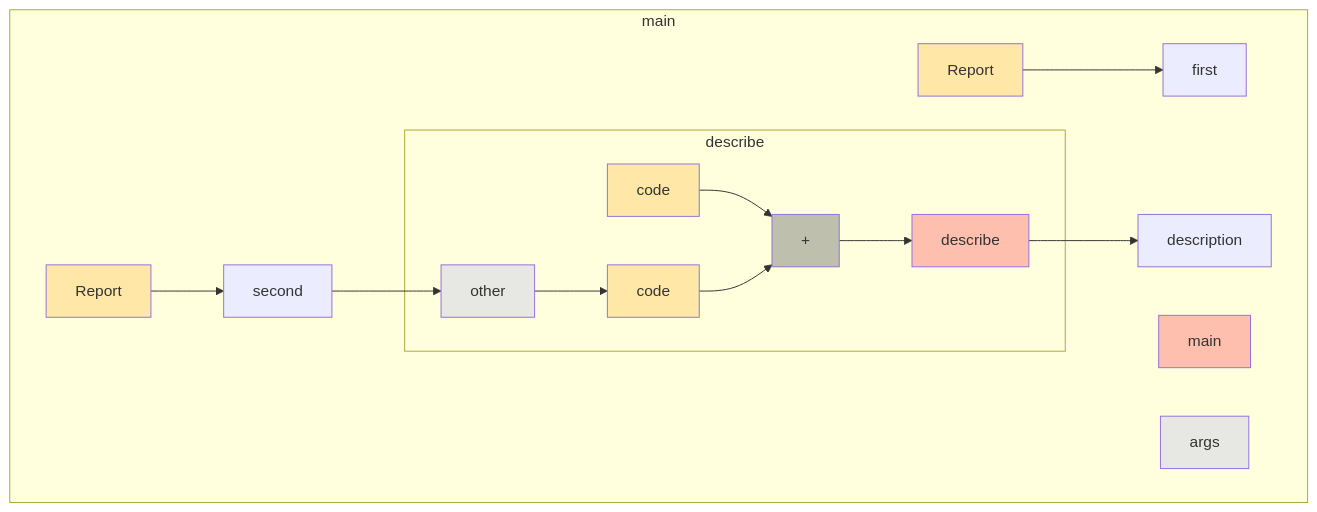
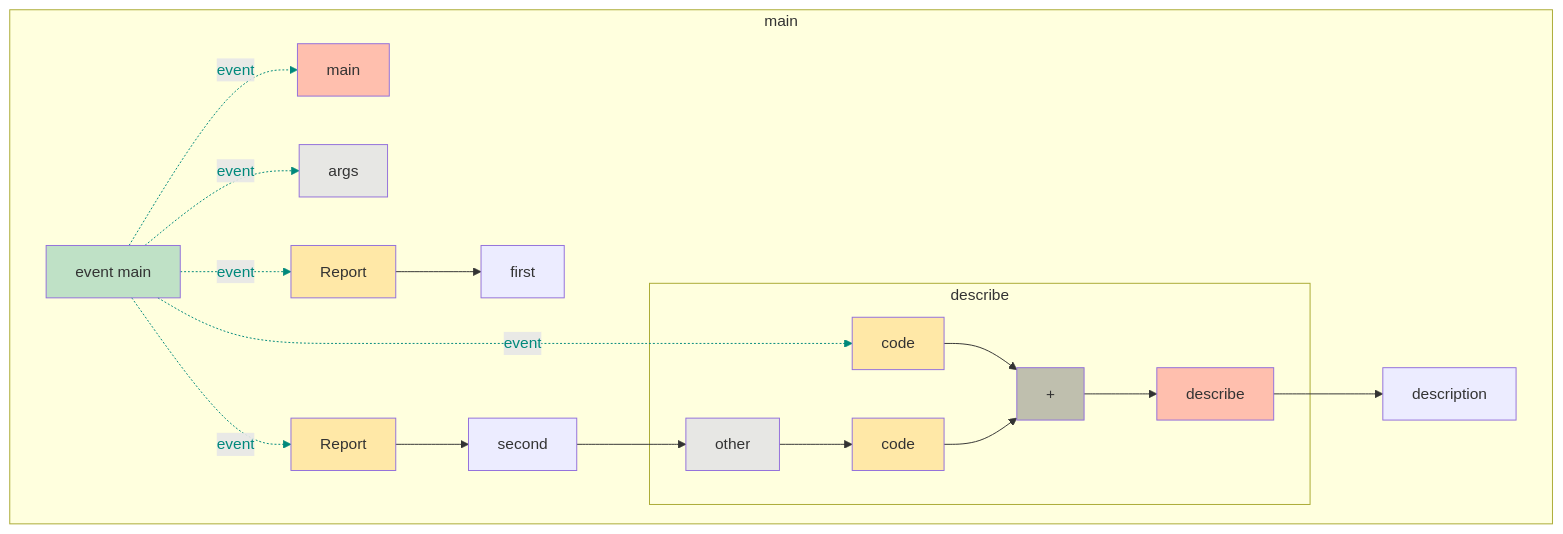
Before and after one commit to gstiebler/codeflow: the diagram in app/src/test/resources/inheritedField/snapshot.md, drawn with Mermaid. The commit also changed 77 other files, not shown here.

````diff
--- a/app/src/test/resources/inheritedField/snapshot.md
+++ b/app/src/test/resources/inheritedField/snapshot.md
@@ -1,34 +1,46 @@
 ```mermaid
 flowchart TD
   subgraph b0["main"]
-    n1[main]:::RETURN
-    n2[args]:::FUNC_PARAM
-    n3[Report]:::EXTERNAL
-    n4[first]:::OBJ_VARIABLE
-    n5[Report]:::EXTERNAL
-    n6[second]:::OBJ_VARIABLE
-    n13[description]:::OBJ_VARIABLE
-    n3[Report]:::EXTERNAL --> n4[first]:::OBJ_VARIABLE
-    n5[Report]:::EXTERNAL --> n6[second]:::OBJ_VARIABLE
-    n6[second]:::OBJ_VARIABLE --> n9[other]:::FUNC_PARAM
-    n8[describe]:::RETURN --> n13[description]:::OBJ_VARIABLE
-    subgraph b7["describe"]
-      n8[describe]:::RETURN
-      n9[other]:::FUNC_PARAM
-      n10[code]:::EXTERNAL
+    n1[event main]:::EVENT
+    n2[main]:::RETURN
+    n3[args]:::FUNC_PARAM
+    n4[Report]:::EXTERNAL
+    n5[first]:::OBJ_VARIABLE
+    n6[Report]:::EXTERNAL
+    n7[second]:::OBJ_VARIABLE
+    n14[description]:::OBJ_VARIABLE
+    n1[event main]:::EVENT -. event .-> n2[main]:::RETURN
+    n1[event main]:::EVENT -. event .-> n3[args]:::FUNC_PARAM
+    n1[event main]:::EVENT -. event .-> n4[Report]:::EXTERNAL
+    n1[event main]:::EVENT -. event .-> n6[Report]:::EXTERNAL
+    n1[event main]:::EVENT -. event .-> n11[code]:::EXTERNAL
+    n4[Report]:::EXTERNAL --> n5[first]:::OBJ_VARIABLE
+    n6[Report]:::EXTERNAL --> n7[second]:::OBJ_VARIABLE
+    n7[second]:::OBJ_VARIABLE --> n10[other]:::FUNC_PARAM
+    n9[describe]:::RETURN --> n14[description]:::OBJ_VARIABLE
+    subgraph b8["describe"]
+      n9[describe]:::RETURN
+      n10[other]:::FUNC_PARAM
       n11[code]:::EXTERNAL
-      n12[+]:::BIN_OP
-      n9[other]:::FUNC_PARAM --> n11[code]:::EXTERNAL
-      n10[code]:::EXTERNAL --> n12[+]:::BIN_OP
-      n11[code]:::EXTERNAL --> n12[+]:::BIN_OP
-      n12[+]:::BIN_OP --> n8[describe]:::RETURN
+      n12[code]:::EXTERNAL
+      n13[+]:::BIN_OP
+      n10[other]:::FUNC_PARAM --> n12[code]:::EXTERNAL
+      n11[code]:::EXTERNAL --> n13[+]:::BIN_OP
+      n12[code]:::EXTERNAL --> n13[+]:::BIN_OP
+      n13[+]:::BIN_OP --> n9[describe]:::RETURN
     end
   end
+  linkStyle 0 stroke:#00897b,color:#00897b
+  linkStyle 1 stroke:#00897b,color:#00897b
+  linkStyle 2 stroke:#00897b,color:#00897b
+  linkStyle 3 stroke:#00897b,color:#00897b
+  linkStyle 4 stroke:#00897b,color:#00897b
   classDef LITERAL fill:#00FF0030
   classDef VARIABLE fill:#80808030
   classDef BIN_OP fill:#80808080
   classDef FUNC_PARAM fill:#8080FF30
   classDef RETURN fill:#FF808080
   classDef EXTERNAL fill:#FFA50040
   classDef UNMODELLED fill:#FF000030,stroke-dasharray: 4 2
+  classDef EVENT fill:#00897B40
 ```
````
